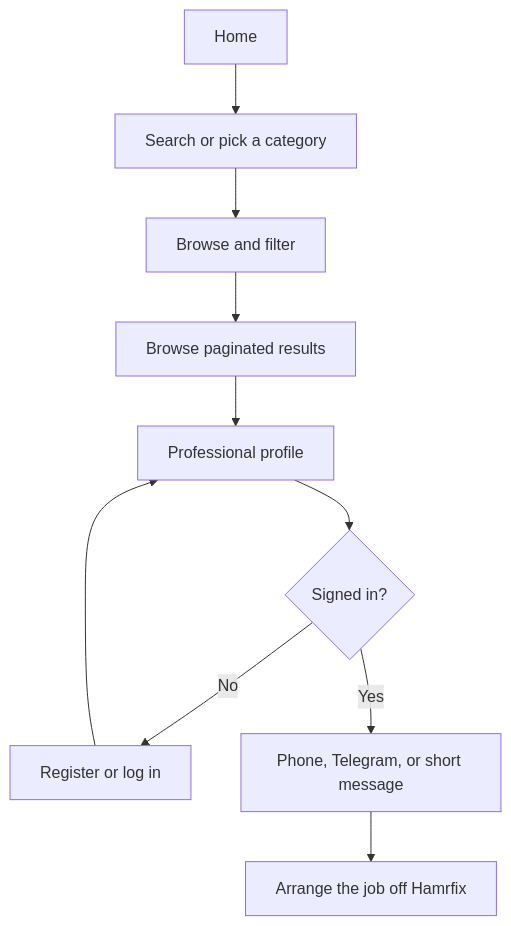
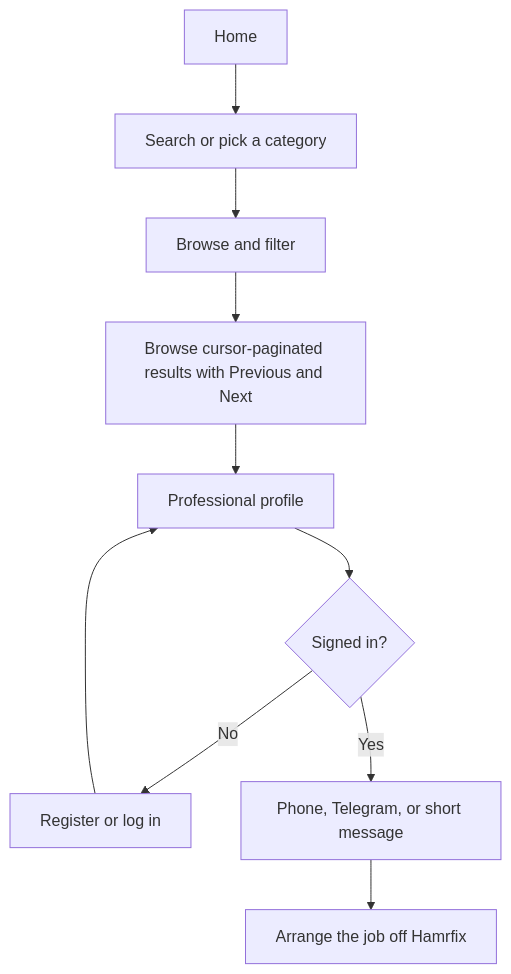
Before and after one commit to JoeAsn/HamrFix: the first of 2 diagrams in documnetations/user-flows.md, drawn with Mermaid. The commit also changed 5 other files, not shown here.

````diff
--- a/documnetations/user-flows.md
+++ b/documnetations/user-flows.md
@@ -5,12 +5,12 @@
 ```mermaid
 flowchart TD
   A[Home] --> B[Search or pick a category]
   B --> C[Browse and filter]
-  C --> D[Browse paginated results]
+  C --> D[Browse cursor-paginated results with Previous and Next]
   D --> E[Professional profile]
   E --> F{Signed in?}
   F -->|No| G[Register or log in]
   G --> E
   F -->|Yes| H[Phone, Telegram, or short message]
   H --> I[Arrange the job off Hamrfix]
 ```
````
